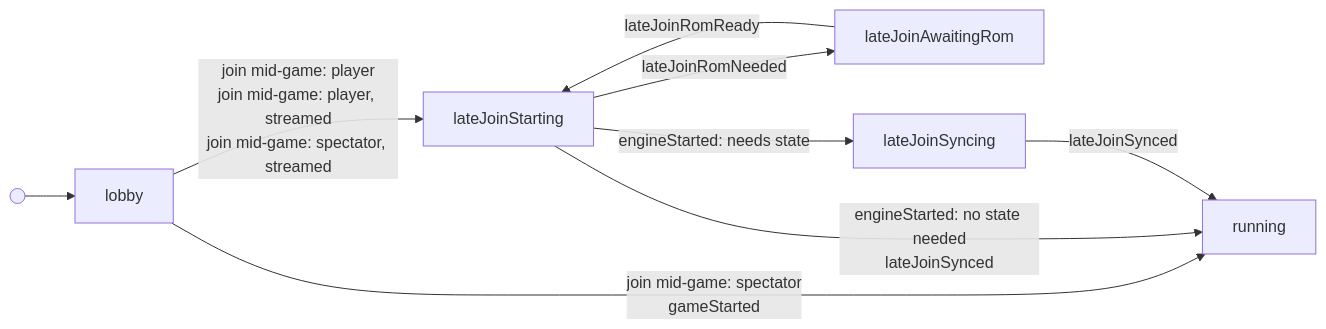
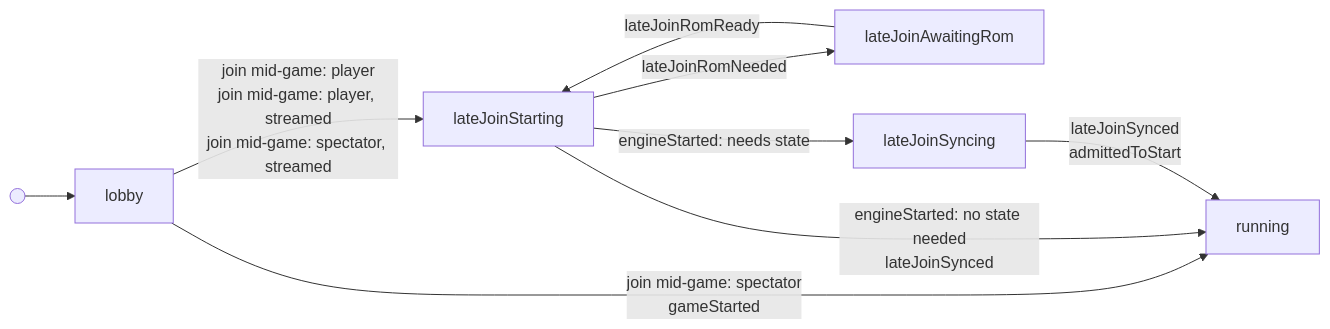
The diagram in docs/session-machine.md (kwilson21/kaillera-next), drawn with Mermaid before and after one commit. The commit also changed 15 other files, not shown here.

First line of the commit message:
wip: a joiner who asks for state before the host is running joins the start

````diff
--- a/docs/session-machine.md
+++ b/docs/session-machine.md
@@ -6,11 +6,11 @@
 ```mermaid
 flowchart LR
   start(( )) --> lobby
   lobby -->|"join mid-game: player<br/>join mid-game: player, streamed<br/>join mid-game: spectator, streamed"| lateJoinStarting
   lobby -->|"join mid-game: spectator<br/>gameStarted"| running
   lateJoinStarting -->|"lateJoinRomNeeded"| lateJoinAwaitingRom
   lateJoinStarting -->|"engineStarted: needs state"| lateJoinSyncing
   lateJoinStarting -->|"engineStarted: no state needed<br/>lateJoinSynced"| running
   lateJoinAwaitingRom -->|"lateJoinRomReady"| lateJoinStarting
-  lateJoinSyncing -->|"lateJoinSynced"| running
+  lateJoinSyncing -->|"lateJoinSynced<br/>admittedToStart"| running
 ```
````
